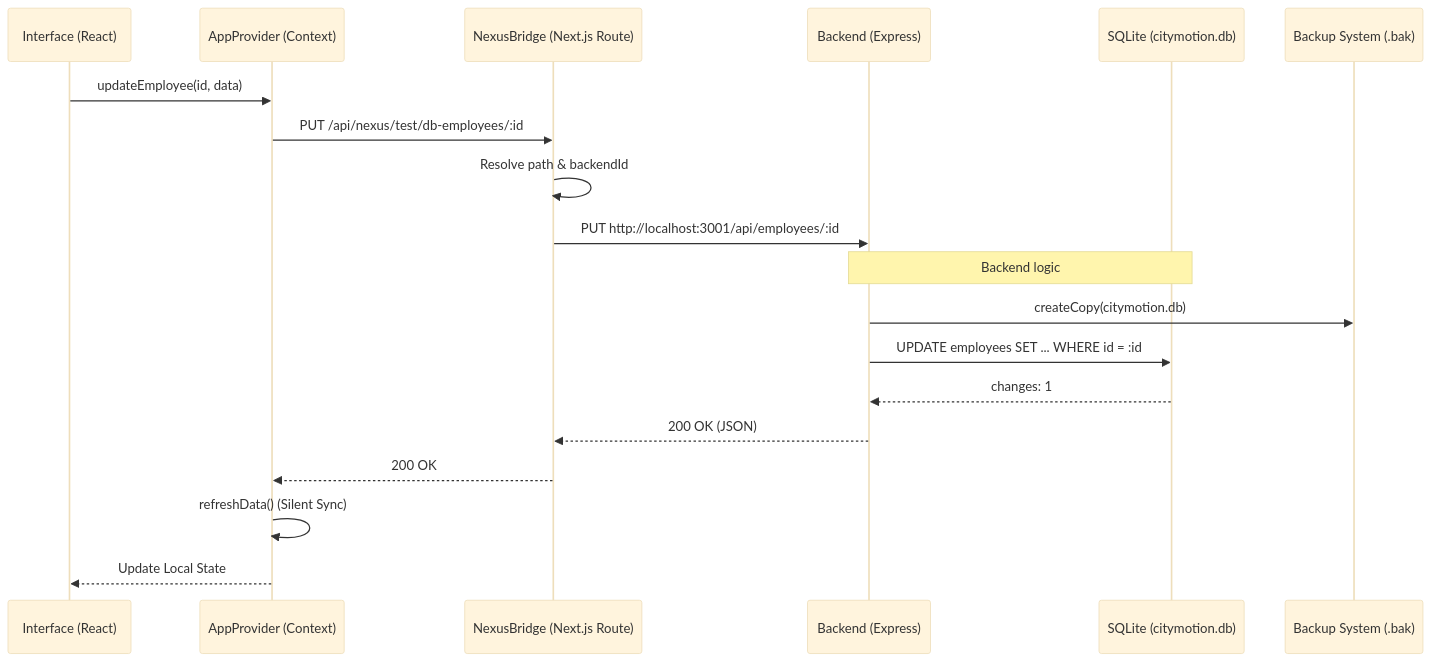
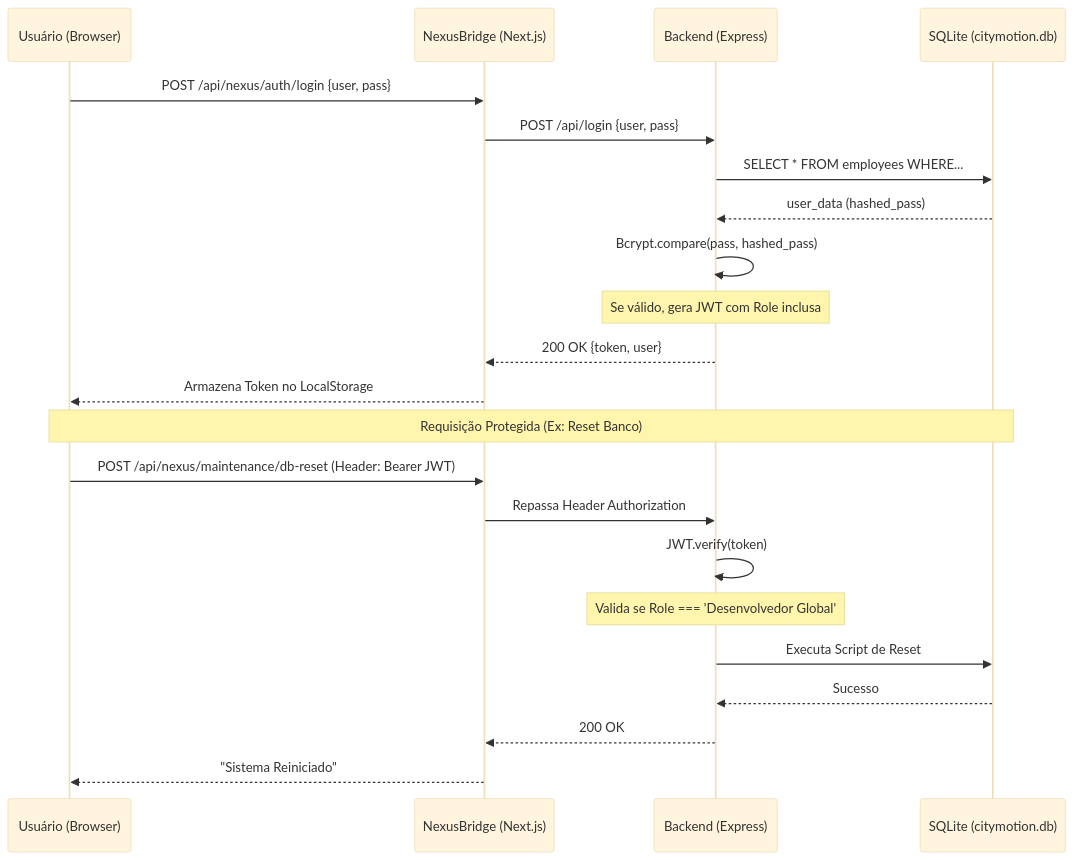
One commit to charaodaniel/CityMotion changed the first of 4 diagrams in docs/DIAGRAMS.md. Above: the diagram before and after it, drawn with Mermaid (base theme). The commit also changed other lines of this file and 7 other files, not shown here.

````diff
--- a/docs/DIAGRAMS.md
+++ b/docs/DIAGRAMS.md
@@ -35,24 +11,26 @@
 ```mermaid
 sequenceDiagram
-    participant UI as Interface (React)
-    participant Provider as AppProvider (Context)
-    participant Bridge as NexusBridge (Next.js Route)
+    participant User as Usuário (Browser)
+    participant Bridge as NexusBridge (Next.js)
     participant Node as Backend (Express)
     participant DB as SQLite (citymotion.db)
-    participant Backup as Backup System (.bak)
 
-    UI->>Provider: updateEmployee(id, data)
-    Provider->>Bridge: PUT /api/nexus/test/db-employees/:id
-    Bridge->>Bridge: Resolve path & backendId
-    Bridge->>Node: PUT http://localhost:3001/api/employees/:id
+    User->>Bridge: POST /api/nexus/auth/login {user, pass}
+    Bridge->>Node: POST /api/login {user, pass}
+    Node->>DB: SELECT * FROM employees WHERE...
+    DB-->>Node: user_data (hashed_pass)
+    Node->>Node: Bcrypt.compare(pass, hashed_pass)
+    Note over Node: Se válido, gera JWT com Role inclusa
+    Node-->>Bridge: 200 OK {token, user}
+    Bridge-->>User: Armazena Token no LocalStorage
     
-    Note over Node,DB: Backend logic
-    Node->>Backup: createCopy(citymotion.db)
-    Node->>DB: UPDATE employees SET ... WHERE id = :id
-    DB-->>Node: changes: 1
-    
-    Node-->>Bridge: 200 OK (JSON)
-    Bridge-->>Provider: 200 OK
-    Provider->>Provider: refreshData() (Silent Sync)
-    Provider-->>UI: Update Local State
+    Note over User,DB: Requisição Protegida (Ex: Reset Banco)
+    User->>Bridge: POST /api/nexus/maintenance/db-reset (Header: Bearer JWT)
+    Bridge->>Node: Repassa Header Authorization
+    Node->>Node: JWT.verify(token)
+    Note over Node: Valida se Role === 'Desenvolvedor Global'
+    Node->>DB: Executa Script de Reset
+    DB-->>Node: Sucesso
+    Node-->>Bridge: 200 OK
+    Bridge-->>User: "Sistema Reiniciado"
 ```
````
